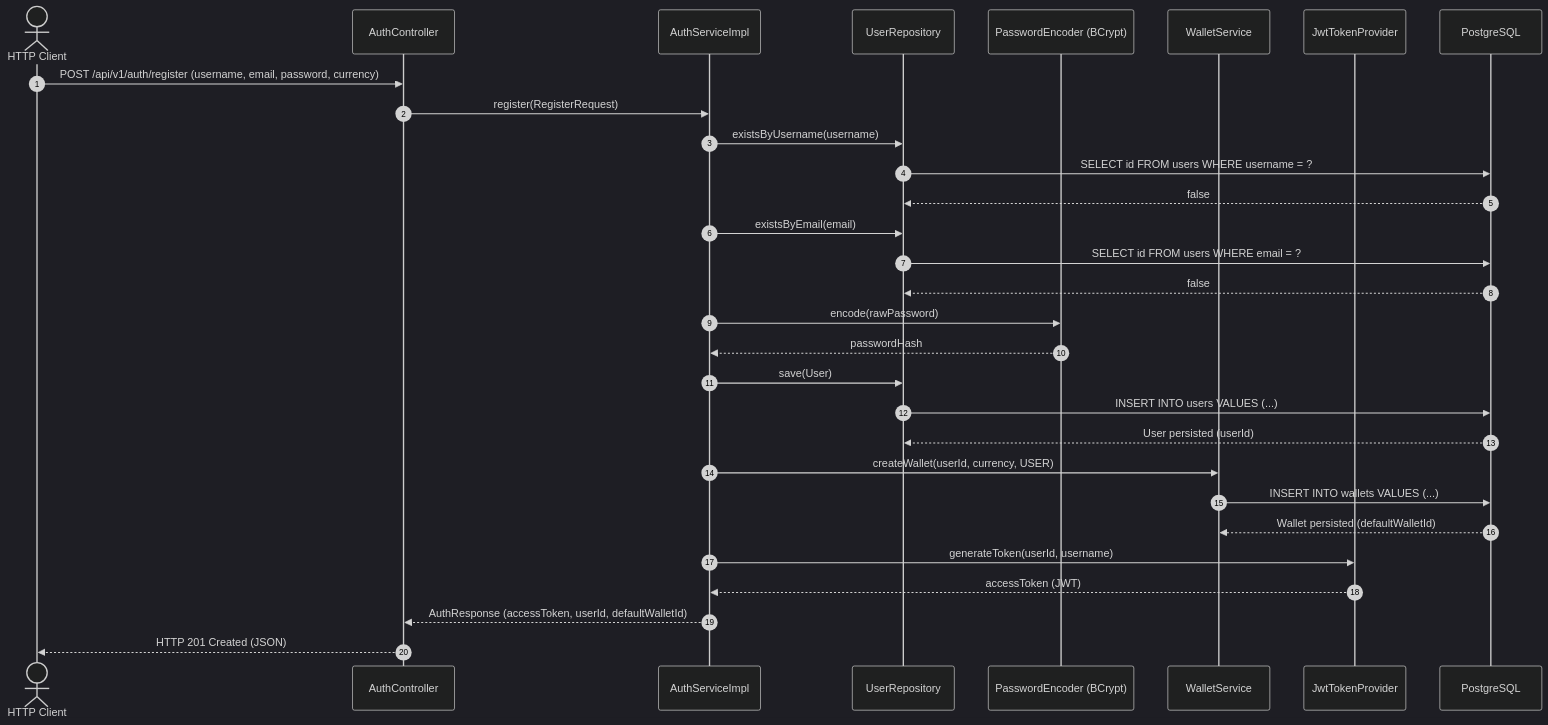
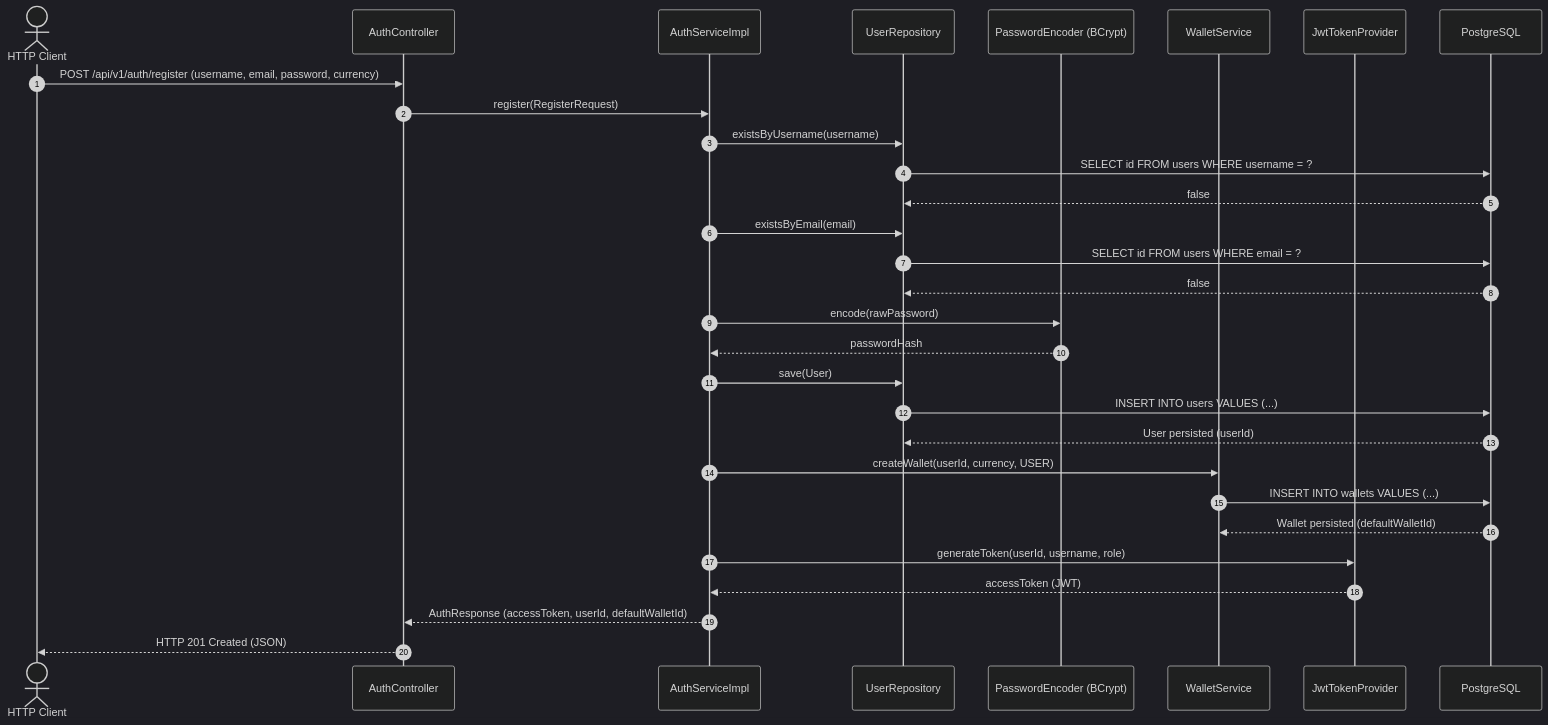
The third of 6 diagrams in docs/diagram/authentication.md (dducsw/mini-digital-wallet), drawn with Mermaid (dark theme) before and after one commit. The commit also changed other lines of this file and 147 other files, not shown here.

````diff
--- a/docs/diagram/authentication.md
+++ b/docs/diagram/authentication.md
@@ -93,33 +94,33 @@
 ```mermaid
 sequenceDiagram
     autonumber
     actor Client as HTTP Client
     participant AC as AuthController
     participant AS as AuthServiceImpl
     participant UR as UserRepository
     participant PE as PasswordEncoder (BCrypt)
     participant WS as WalletService
     participant JTP as JwtTokenProvider
     participant DB as PostgreSQL
 
     Client->>AC: POST /api/v1/auth/register (username, email, password, currency)
     AC->>AS: register(RegisterRequest)
     AS->>UR: existsByUsername(username)
     UR->>DB: SELECT id FROM users WHERE username = ?
     DB-->>UR: false
     AS->>UR: existsByEmail(email)
     UR->>DB: SELECT id FROM users WHERE email = ?
     DB-->>UR: false
     AS->>PE: encode(rawPassword)
     PE-->>AS: passwordHash
     AS->>UR: save(User)
     UR->>DB: INSERT INTO users VALUES (...)
     DB-->>UR: User persisted (userId)
     AS->>WS: createWallet(userId, currency, USER)
     WS->>DB: INSERT INTO wallets VALUES (...)
     DB-->>WS: Wallet persisted (defaultWalletId)
-    AS->>JTP: generateToken(userId, username)
+    AS->>JTP: generateToken(userId, username, role)
     JTP-->>AS: accessToken (JWT)
     AS-->>AC: AuthResponse (accessToken, userId, defaultWalletId)
     AC-->>Client: HTTP 201 Created (JSON)
 ```
````
